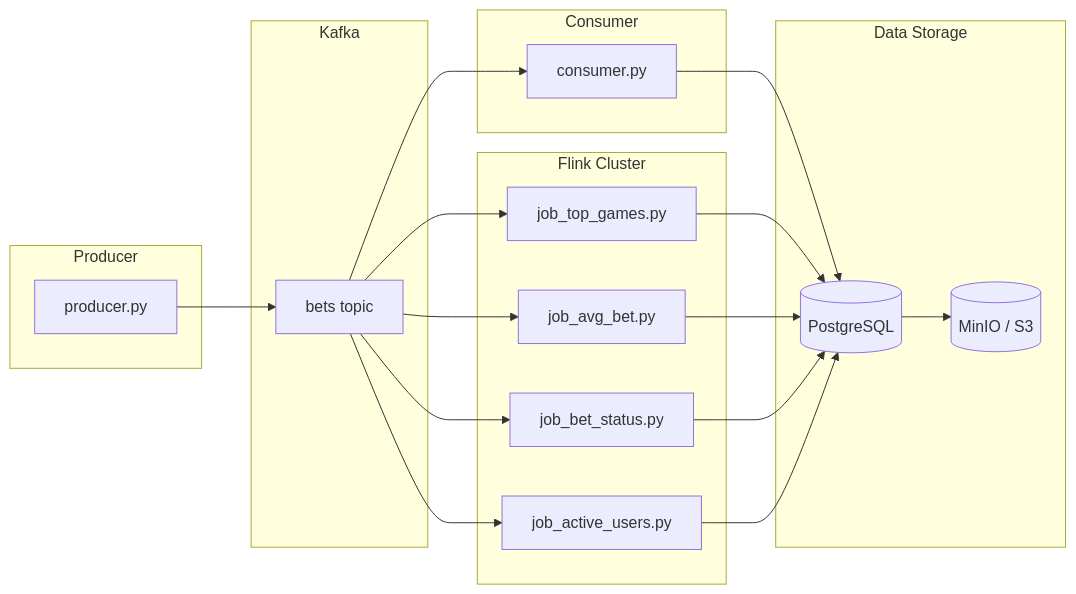
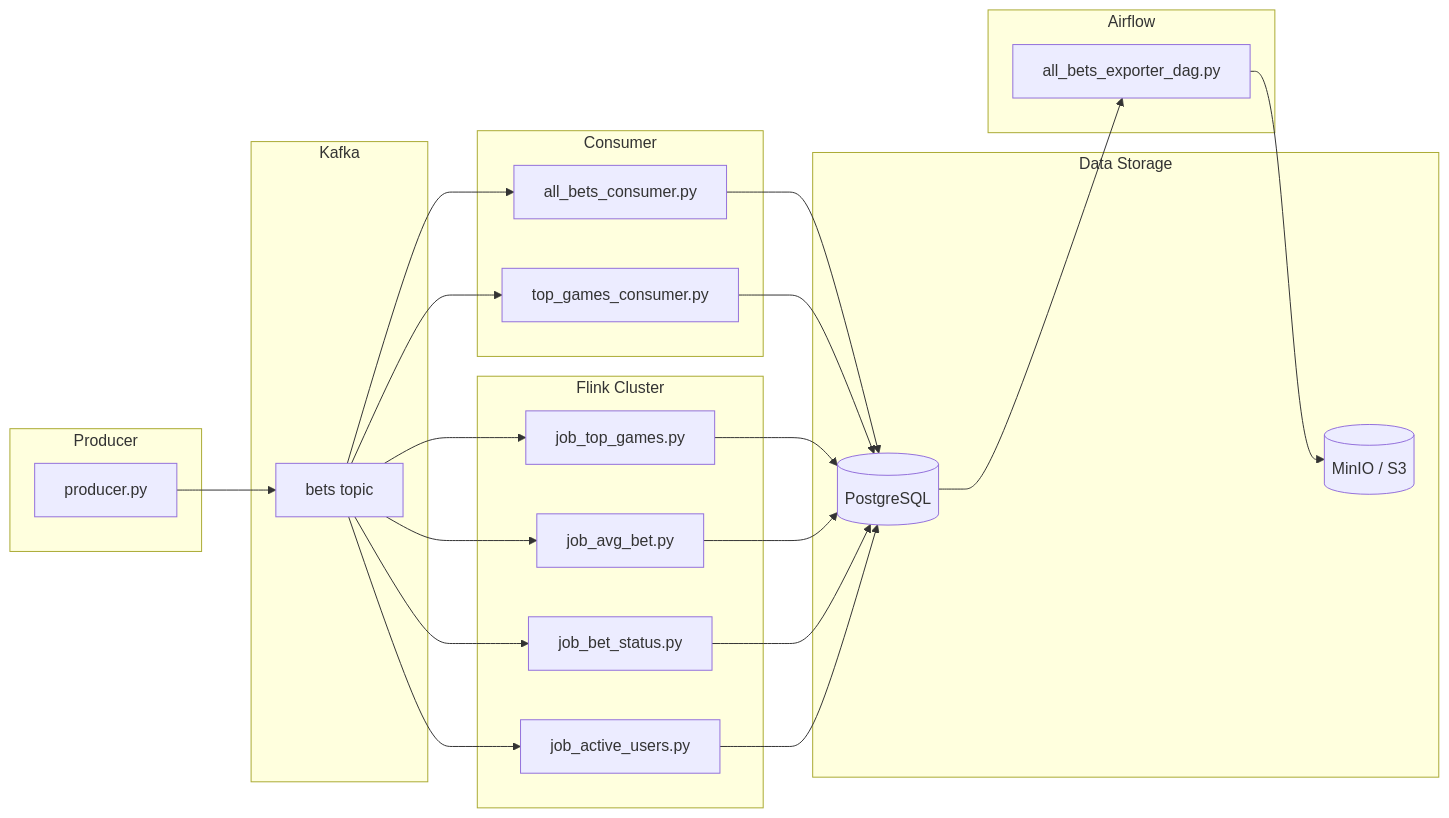
The diagram in README.MD (eduard353/bet_data_project), drawn with Mermaid before and after one commit. The commit also changed other lines of this file and 1 other file, not shown here.

Commit message:
Add Airflow to README.md

````diff
--- a/README.MD
+++ b/README.MD
@@ -17,34 +18,40 @@
 ```mermaid
 flowchart LR
     subgraph PRODUCER["Producer"]
         P1["producer.py"]
     end
 
     subgraph KAFKA["Kafka"]
         T1["bets topic"]
     end
 
     subgraph FLINK["Flink Cluster"]
         J1["job_top_games.py"]
         J2["job_avg_bet.py"]
         J3["job_bet_status.py"]
         J4["job_active_users.py"]
     end
 
     subgraph CONSUMER["Consumer"]
-        C1["consumer.py"]
+        C1["all_bets_consumer.py"]
+        C2["top_games_consumer.py"]
     end
 
     subgraph STORAGE["Data Storage"]
         DB[(PostgreSQL)]
         S3[(MinIO / S3)]
     end
 
+    subgraph AIRFLOW["Airflow"]
+        DAG1["all_bets_exporter_dag.py"]
+    end
+
     P1 --> T1
     T1 --> C1 --> DB
+    T1 --> C2 --> DB
     T1 --> J1 --> DB
     T1 --> J2 --> DB
     T1 --> J3 --> DB
     T1 --> J4 --> DB
-    DB --> S3
+    DB --> DAG1 --> S3
 ```
````
